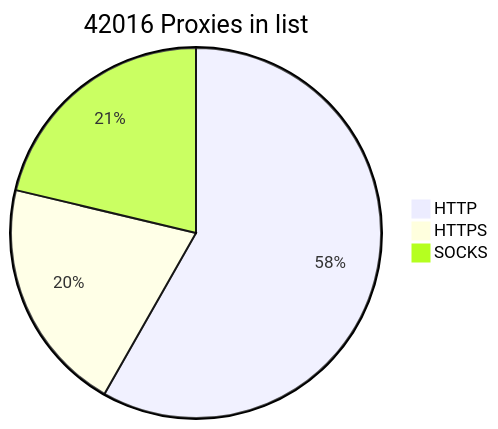
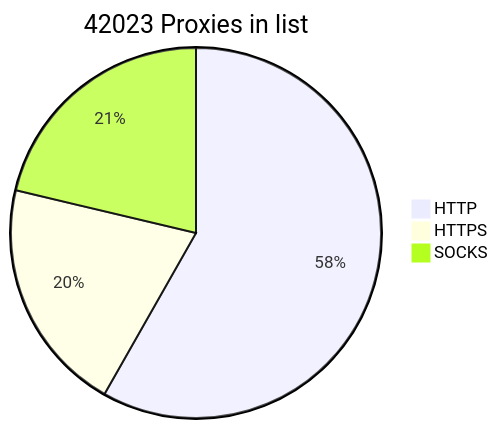
Before and after one commit to BlackSnowDot/proxylist-update-every-minute: the diagram in README.md, drawn with Mermaid.

````diff
--- a/README.md
+++ b/README.md
@@ -2,6 +2,6 @@
 ```mermaid
-pie title 42016 Proxies in list
+pie title 42023 Proxies in list
     "HTTP" : 28334
     "HTTPS": 9972
-    "SOCKS" : 10353
+    "SOCKS" : 10360
 ```
````
